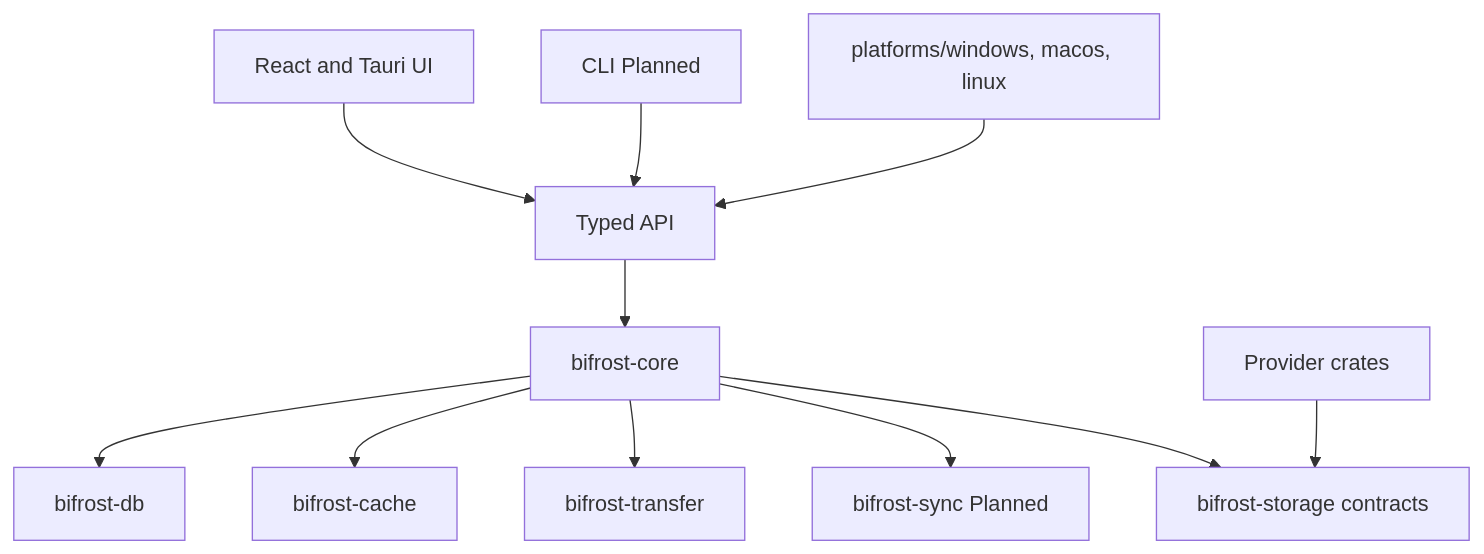
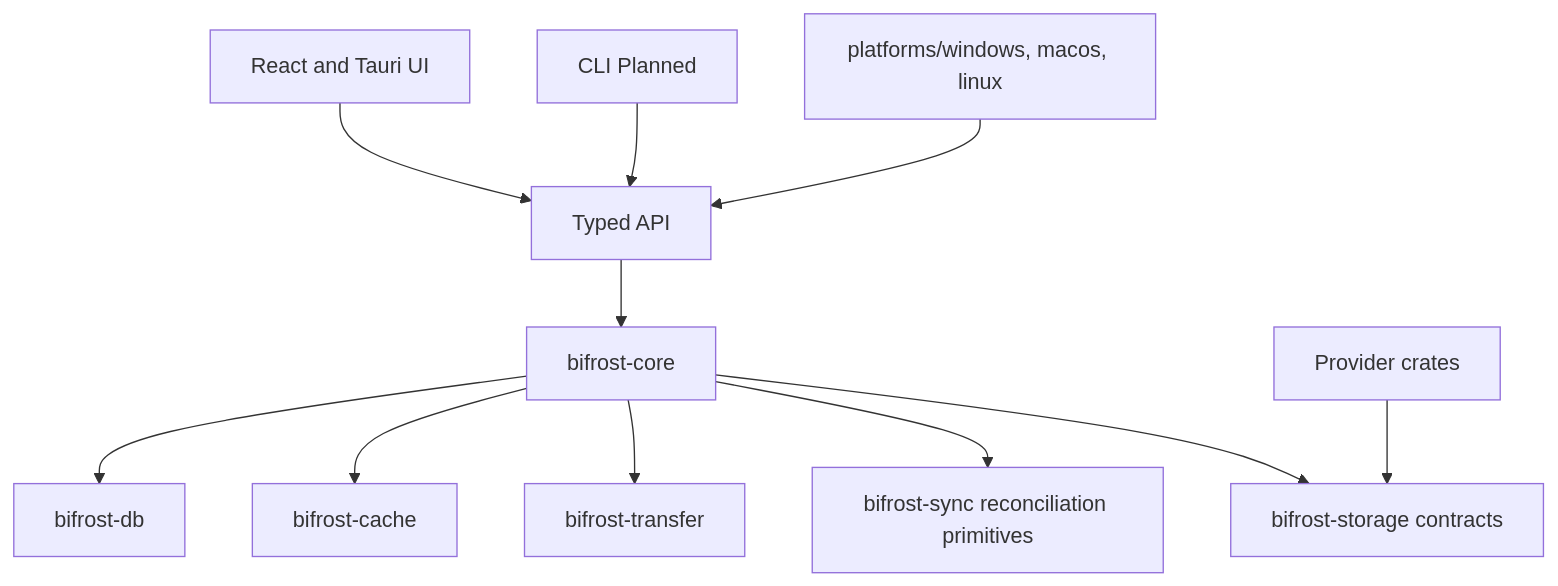
One commit to Wolfskii/Bifrost-Drive changed the diagram in docs/architecture.md. Above: the diagram before and after it, drawn with Mermaid. The commit also changed other lines of this file and 33 other files, not shown here.

````diff
--- a/docs/architecture.md
+++ b/docs/architecture.md
@@ -5,13 +5,13 @@
 ```mermaid
 flowchart TD
   UI[React and Tauri UI] --> API[Typed API]
   CLI[CLI Planned] --> API
   API --> CORE[bifrost-core]
   CORE --> DB[bifrost-db]
   CORE --> CACHE[bifrost-cache]
   CORE --> TRANSFER[bifrost-transfer]
-  CORE --> SYNC[bifrost-sync Planned]
+  CORE --> SYNC[bifrost-sync reconciliation primitives]
   PROVIDERS[Provider crates] --> STORAGE[bifrost-storage contracts]
   CORE --> STORAGE
   PLATFORM[platforms/windows, macos, linux] --> API
 ```
````
